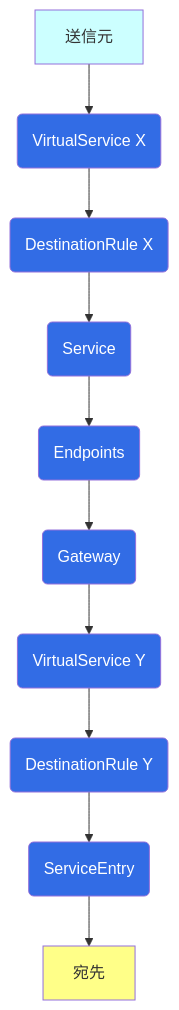
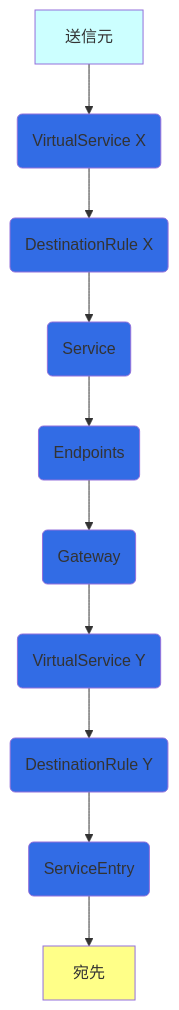
One commit to hiroki-it/hatenablog changed the third of 4 diagrams in dist/draft/【Istio⛵️】IstioによるEnvoyの抽象化.md. Above: the diagram before and after it, drawn with Mermaid. The commit also changed other lines of this file, not shown here.

````diff
--- a/dist/draft/【Istio⛵️】IstioによるEnvoyの抽象化.md
+++ b/dist/draft/【Istio⛵️】IstioによるEnvoyの抽象化.md
@@ -140,21 +140,21 @@
 ```mermaid
 flowchart TD
     送信元 --> VirtualServiceX
-    VirtualServiceX(<font color=white>VirtualService X) --> DestinationRuleX
-    DestinationRuleX(<font color=white>DestinationRule X) --> Service
-    Service(<font color=white>Service) --> Endpoints
-    Endpoints(<font color=white>Endpoints) --> Gateway
-    Gateway(<font color=white>Gateway) --> VirtualServiceY
-    VirtualServiceY(<font color=white>VirtualService Y) --> DestinationRuleY
-    DestinationRuleY(<font color=white>DestinationRule Y) --> ServiceEntry
-    ServiceEntry(<font color=white>ServiceEntry) --> 宛先
+    VirtualServiceX(VirtualService X) --> DestinationRuleX
+    DestinationRuleX(DestinationRule X) --> Service
+    Service(Service) --> Endpoints
+    Endpoints(Endpoints) --> Gateway
+    Gateway(Gateway) --> VirtualServiceY
+    VirtualServiceY(VirtualService Y) --> DestinationRuleY
+    DestinationRuleY(DestinationRule Y) --> ServiceEntry
+    ServiceEntry(ServiceEntry) --> 宛先
 
     classDef sly fill :#CCFFFF;
     class 送信元 sly
 
     classDef yellow fill :#FFFF88;
     class 宛先 yellow
 
-    classDef blue fill :#326CE5;
+    classDef blue fill :#326CE5, font-color: white;
     class Gateway,VirtualServiceX,VirtualServiceY,DestinationRuleX,DestinationRuleY,Service,Endpoints,ServiceEntry blue
 ```
````
